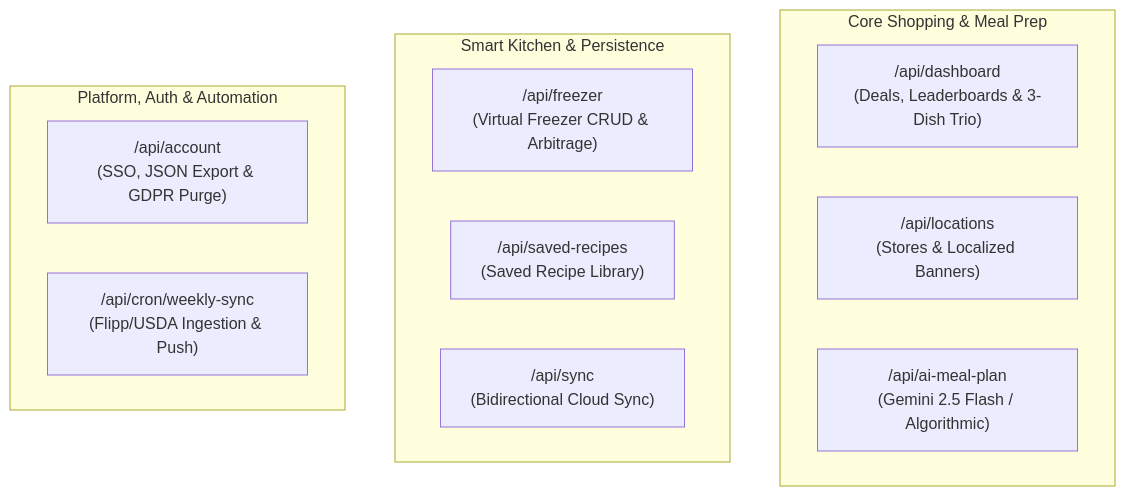
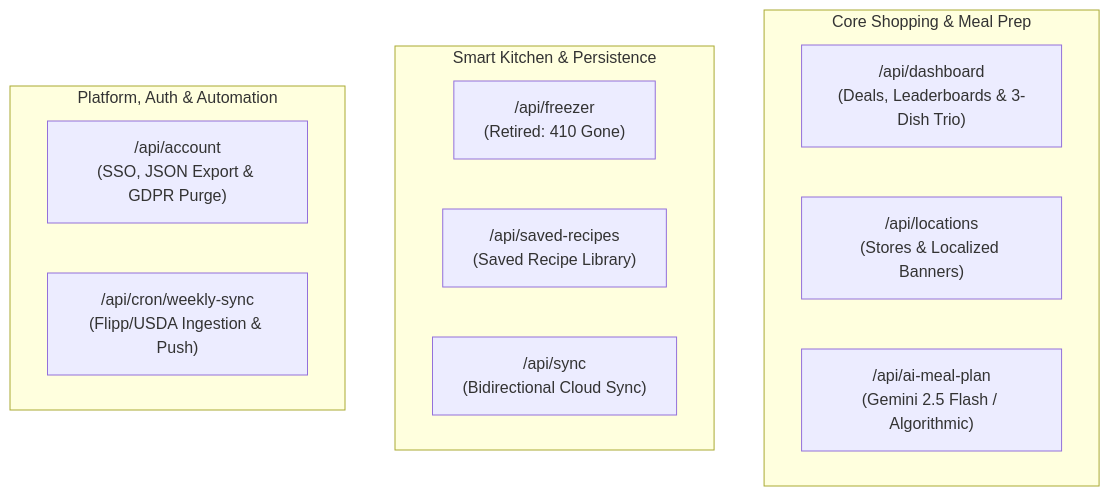
Before and after one commit to kchavez05/produce-price-tracker: the diagram in docs/wiki/OpenAPI-and-Swagger-Documentation.md, drawn with Mermaid. The commit also changed other lines of this file and 42 other files, not shown here.

````diff
--- a/docs/wiki/OpenAPI-and-Swagger-Documentation.md
+++ b/docs/wiki/OpenAPI-and-Swagger-Documentation.md
@@ -27,19 +27,19 @@
 ```mermaid
 flowchart TD
     subgraph Core["Core Shopping & Meal Prep"]
         D["/api/dashboard\n(Deals, Leaderboards & 3-Dish Trio)"]
         L["/api/locations\n(Stores & Localized Banners)"]
         AI["/api/ai-meal-plan\n(Gemini 2.5 Flash / Algorithmic)"]
     end
 
     subgraph Kitchen["Smart Kitchen & Persistence"]
-        F["/api/freezer\n(Virtual Freezer CRUD & Arbitrage)"]
+        F["/api/freezer\n(Retired: 410 Gone)"]
         R["/api/saved-recipes\n(Saved Recipe Library)"]
         S["/api/sync\n(Bidirectional Cloud Sync)"]
     end
 
     subgraph Platform["Platform, Auth & Automation"]
         A["/api/account\n(SSO, JSON Export & GDPR Purge)"]
         C["/api/cron/weekly-sync\n(Flipp/USDA Ingestion & Push)"]
     end
 ```
````
